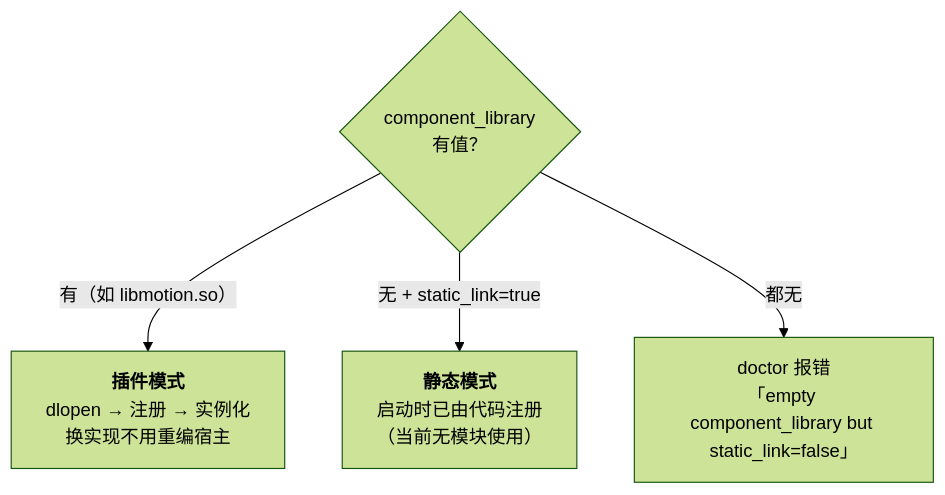
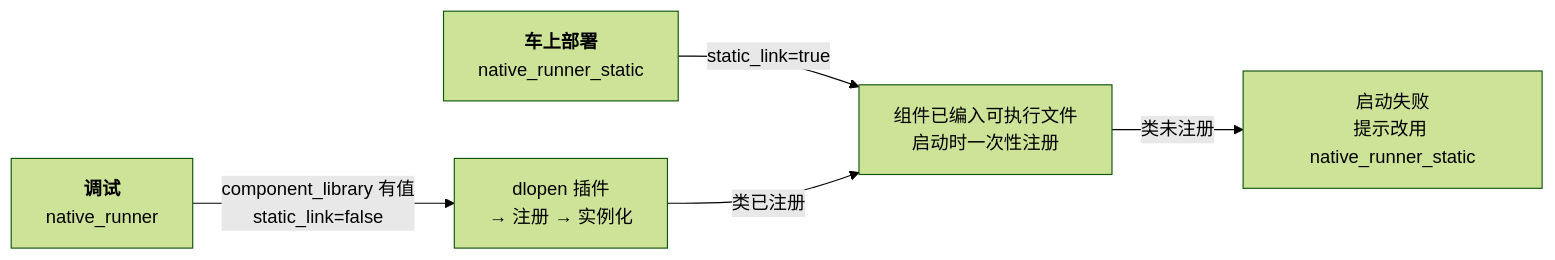
Before and after one commit to zgggy/starletto: the third of 4 diagrams in docs/architecture/03-runtime-assembly.md, drawn with Mermaid (forest theme). The commit also changed other lines of this file and 42 other files, not shown here.

Commit message:
feat(build): 静态装配 runner + 单一 schema 解析器；移除过时 declare_* API

````diff
--- a/docs/architecture/03-runtime-assembly.md
+++ b/docs/architecture/03-runtime-assembly.md
@@ -82,7 +80,7 @@
 ```mermaid
-flowchart TB
-    Q{"component_library<br/>有值？"}
-    Q -->|"有（如 libmotion.so）"| P["<b>插件模式</b><br/>dlopen → 注册 → 实例化<br/>换实现不用重编宿主"]
-    Q -->|"无 + static_link=true"| S["<b>静态模式</b><br/>启动时已由代码注册<br/>（当前无模块使用）"]
-    Q -->|"都无"| E["doctor 报错<br/>「empty component_library but static_link=false」"]
+flowchart LR
+    D["<b>调试</b><br/>native_runner"] -->|"component_library 有值<br/>static_link=false"| P["dlopen 插件<br/>→ 注册 → 实例化"]
+    S["<b>车上部署</b><br/>native_runner_static"] -->|"static_link=true"| T["组件已编入可执行文件<br/>启动时一次性注册"]
+    T -->|"类未注册"| E["启动失败<br/>提示改用 native_runner_static"]
+    P -->|"类已注册"| T
 ```
````
